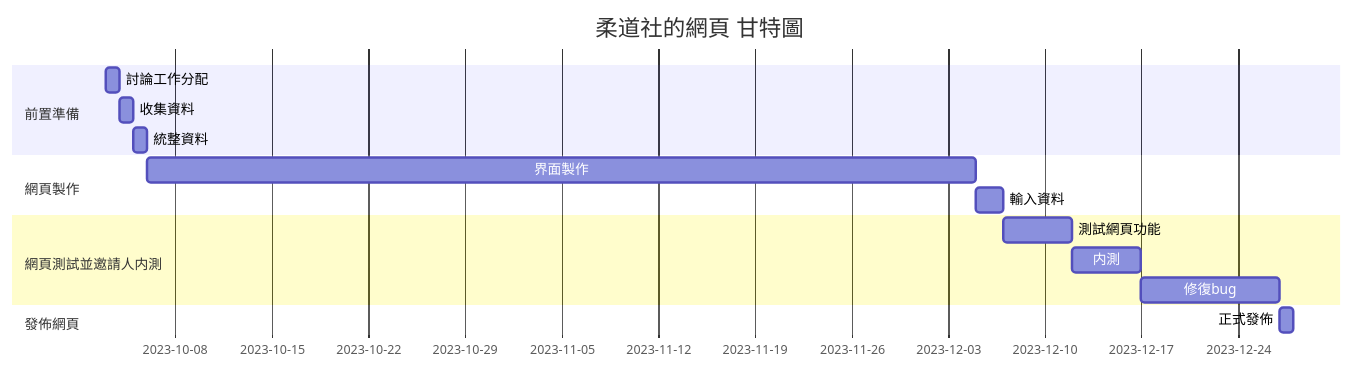
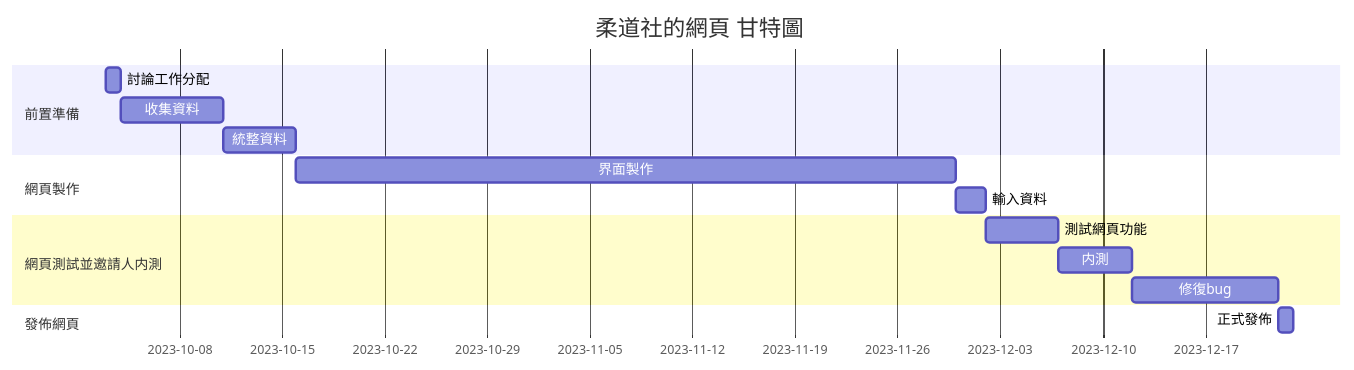
The diagram in README.md (azsx1674/SAaDT), drawn with Mermaid before and after one commit.

````diff
--- a/README.md
+++ b/README.md
@@ -23,18 +23,18 @@
 ```mermaid
 gantt
     title 柔道社的網頁 甘特圖
     dateFormat  YYYY-MM-DD
     section 前置準備
     討論工作分配           :a1, 2023-10-03, 1d
-    收集資料     :a2, after a1  , 1d
-    統整資料     :a3, after a2  , 1d
+    收集資料     :a2, after a1  , 7d
+    統整資料     :a3, after a2  , 5d
     section 網頁製作
-    界面製作     :a4, after a3  , 60d
+    界面製作     :a4, after a3  , 45d
     輸入資料      :a5, after a4  , 2d
     section 網頁測試並邀請人内測
     測試網頁功能      :a6, after a5  , 5d
     内測        :a7, after a6, 5d
     修復bug      :a8, after a7, 10d
     section 發佈網頁
     正式發佈     :a9, after a8, 1d
 ```
````
